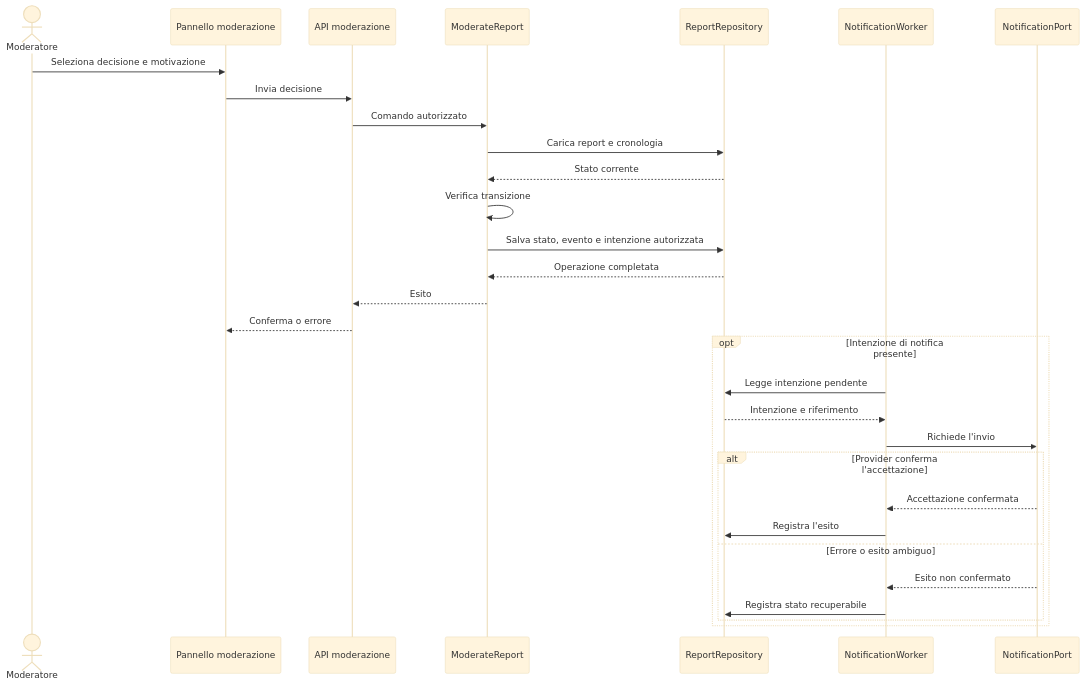
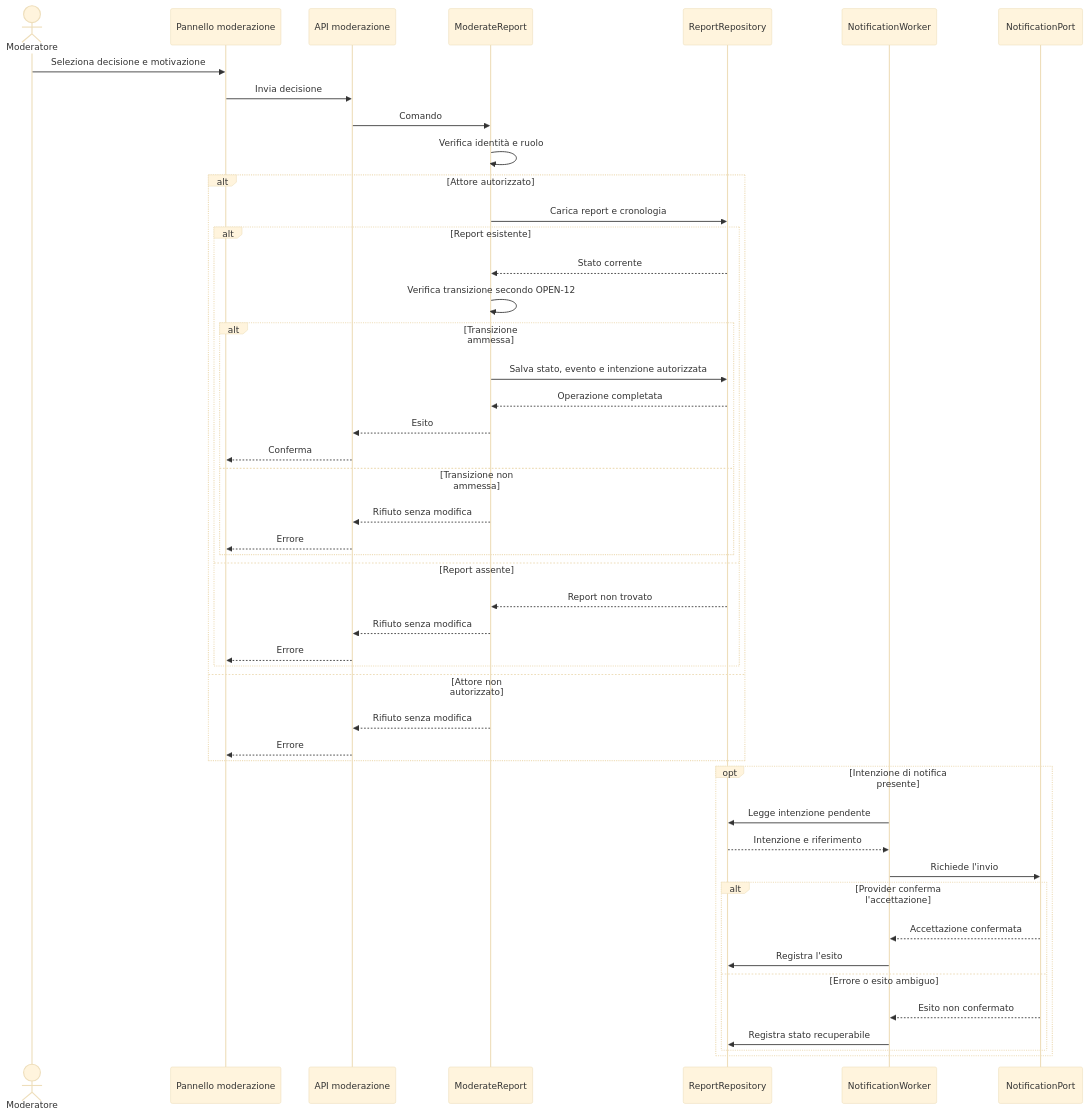
The seventh of 9 diagrams in docs/RAD.md (andreaplini/aegis), drawn with Mermaid (base theme) before and after one commit. The commit also changed other lines of this file and 4 other files, not shown here.

````diff
--- a/docs/RAD.md
+++ b/docs/RAD.md
@@ -539,33 +583,50 @@
 ```mermaid
 sequenceDiagram
   accDescr: La moderazione registra transizione, evento e intenzione di notifica autorizzata in modo atomico. Un worker invia la notifica dopo il commit e registra gli esiti.
   actor M as Moderatore
   participant UI as Pannello moderazione
   participant API as API moderazione
   participant UC as ModerateReport
   participant Repo as ReportRepository
   participant W as NotificationWorker
   participant N as NotificationPort
   M->>UI: Seleziona decisione e motivazione
   UI->>API: Invia decisione
-  API->>UC: Comando autorizzato
-  UC->>Repo: Carica report e cronologia
-  Repo-->>UC: Stato corrente
-  UC->>UC: Verifica transizione
-  UC->>Repo: Salva stato, evento e intenzione autorizzata
-  Repo-->>UC: Operazione completata
-  UC-->>API: Esito
-  API-->>UI: Conferma o errore
+  API->>UC: Comando
+  UC->>UC: Verifica identità e ruolo
+  alt Attore autorizzato
+    UC->>Repo: Carica report e cronologia
+    alt Report esistente
+      Repo-->>UC: Stato corrente
+      UC->>UC: Verifica transizione secondo OPEN-12
+      alt Transizione ammessa
+        UC->>Repo: Salva stato, evento e intenzione autorizzata
+        Repo-->>UC: Operazione completata
+        UC-->>API: Esito
+        API-->>UI: Conferma
+      else Transizione non ammessa
+        UC-->>API: Rifiuto senza modifica
+        API-->>UI: Errore
+      end
+    else Report assente
+      Repo-->>UC: Report non trovato
+      UC-->>API: Rifiuto senza modifica
+      API-->>UI: Errore
+    end
+  else Attore non autorizzato
+    UC-->>API: Rifiuto senza modifica
+    API-->>UI: Errore
+  end
   opt Intenzione di notifica presente
     W->>Repo: Legge intenzione pendente
     Repo-->>W: Intenzione e riferimento
     W->>N: Richiede l'invio
     alt Provider conferma l'accettazione
       N-->>W: Accettazione confermata
       W->>Repo: Registra l'esito
     else Errore o esito ambiguo
       N-->>W: Esito non confermato
       W->>Repo: Registra stato recuperabile
     end
   end
 ```
````
